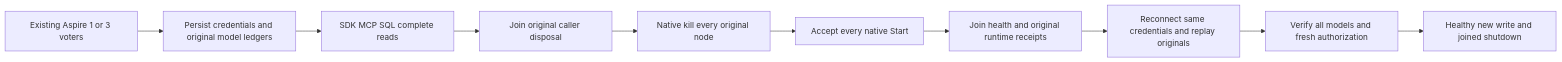
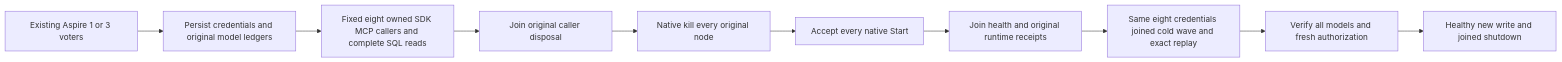
Before and after one commit to managedcode/KeyLoad: the diagram in docs/Features/DatabaseComposition/FunctionalDatabaseColdReopen.md, drawn with Mermaid. The commit also changed other lines of this file and 56 other files, not shown here.

First line of the commit message:
Fix inventory bootstrap and add bounded hosted cold flows

````diff
--- a/docs/Features/DatabaseComposition/FunctionalDatabaseColdReopen.md
+++ b/docs/Features/DatabaseComposition/FunctionalDatabaseColdReopen.md
@@ -185,12 +231,12 @@
 ```mermaid
 flowchart LR
     A[Existing Aspire 1 or 3 voters] --> B[Persist credentials and original model ledgers]
-    B --> C[SDK MCP SQL complete reads]
+    B --> C[Fixed eight owned SDK MCP callers and complete SQL reads]
     C --> D[Join original caller disposal]
     D --> E[Native kill every original node]
     E --> F[Accept every native Start]
     F --> G[Join health and original runtime receipts]
-    G --> H[Reconnect same credentials and replay originals]
+    G --> H[Same eight credentials joined cold wave and exact replay]
     H --> I[Verify all models and fresh authorization]
     I --> J[Healthy new write and joined shutdown]
 ```
````
